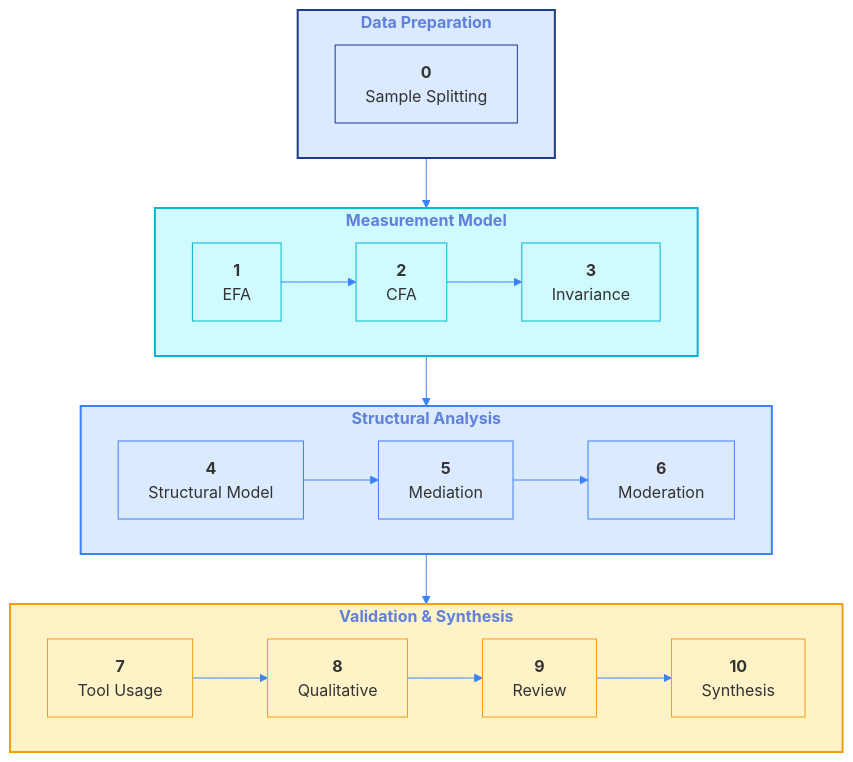
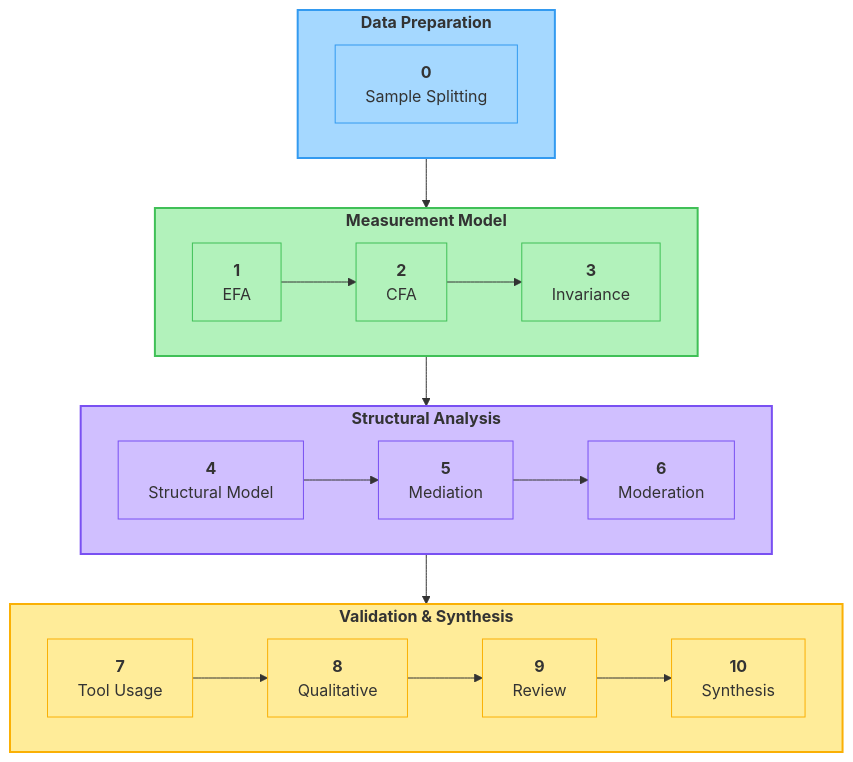
Before and after one commit to fabioc-aloha/AIRS_Data_Analysis: the first of 3 diagrams in thesis-v2/manuscript/chapters/03_methodology.md, drawn with Mermaid. The commit also changed other lines of this file and 3 other files, not shown here.

Commit message:
style: update Mermaid diagrams to GitHub pastel palette

````diff
--- a/thesis-v2/manuscript/chapters/03_methodology.md
+++ b/thesis-v2/manuscript/chapters/03_methodology.md
@@ -354,40 +354,39 @@
 ```mermaid
-%%{init: {'theme': 'base', 'themeVariables': {'primaryColor': '#1e3a8a', 'lineColor': '#3b82f6'}}}%%
 flowchart TB
     subgraph stage1["<b>Data Preparation</b>"]
         P0["<b>0</b><br/>Sample Splitting"]
     end
 
     subgraph stage2["<b>Measurement Model</b>"]
         direction LR
         P1["<b>1</b><br/>EFA"] --> P2["<b>2</b><br/>CFA"] --> P3["<b>3</b><br/>Invariance"]
     end
 
     subgraph stage3["<b>Structural Analysis</b>"]
         direction LR
         P4["<b>4</b><br/>Structural Model"] --> P5["<b>5</b><br/>Mediation"] --> P6["<b>6</b><br/>Moderation"]
     end
 
     subgraph stage4["<b>Validation & Synthesis</b>"]
         direction LR
         P7["<b>7</b><br/>Tool Usage"] --> P8["<b>8</b><br/>Qualitative"] --> P9["<b>9</b><br/>Review"] --> P10["<b>10</b><br/>Synthesis"]
     end
 
     stage1 --> stage2 --> stage3 --> stage4
 
-    style stage1 fill:#dbeafe,stroke:#1e3a8a,stroke-width:2px
-    style stage2 fill:#cffafe,stroke:#06b6d4,stroke-width:2px
-    style stage3 fill:#dbeafe,stroke:#3b82f6,stroke-width:2px
-    style stage4 fill:#fef3c7,stroke:#f59e0b,stroke-width:2px
-    style P0 fill:#dbeafe,stroke:#1e3a8a
-    style P1 fill:#cffafe,stroke:#06b6d4
-    style P2 fill:#cffafe,stroke:#06b6d4
-    style P3 fill:#cffafe,stroke:#06b6d4
-    style P4 fill:#dbeafe,stroke:#3b82f6
-    style P5 fill:#dbeafe,stroke:#3b82f6
-    style P6 fill:#dbeafe,stroke:#3b82f6
-    style P7 fill:#fef3c7,stroke:#f59e0b
-    style P8 fill:#fef3c7,stroke:#f59e0b
-    style P9 fill:#fef3c7,stroke:#f59e0b
-    style P10 fill:#fef3c7,stroke:#f59e0b
+    style stage1 fill:#a5d8ff,stroke:#339af0,stroke-width:2px
+    style stage2 fill:#b2f2bb,stroke:#40c057,stroke-width:2px
+    style stage3 fill:#d0bfff,stroke:#7950f2,stroke-width:2px
+    style stage4 fill:#ffec99,stroke:#fab005,stroke-width:2px
+    style P0 fill:#a5d8ff,stroke:#339af0
+    style P1 fill:#b2f2bb,stroke:#40c057
+    style P2 fill:#b2f2bb,stroke:#40c057
+    style P3 fill:#b2f2bb,stroke:#40c057
+    style P4 fill:#d0bfff,stroke:#7950f2
+    style P5 fill:#d0bfff,stroke:#7950f2
+    style P6 fill:#d0bfff,stroke:#7950f2
+    style P7 fill:#ffec99,stroke:#fab005
+    style P8 fill:#ffec99,stroke:#fab005
+    style P9 fill:#ffec99,stroke:#fab005
+    style P10 fill:#ffec99,stroke:#fab005
 ```
````
